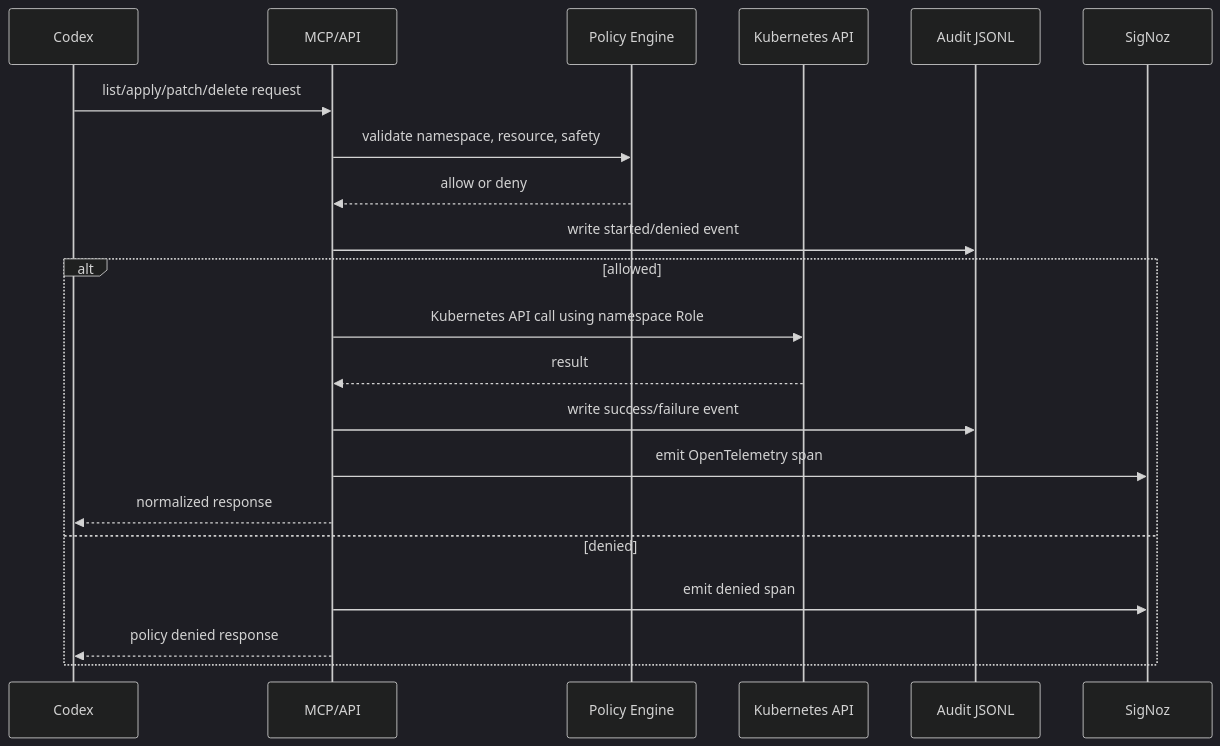
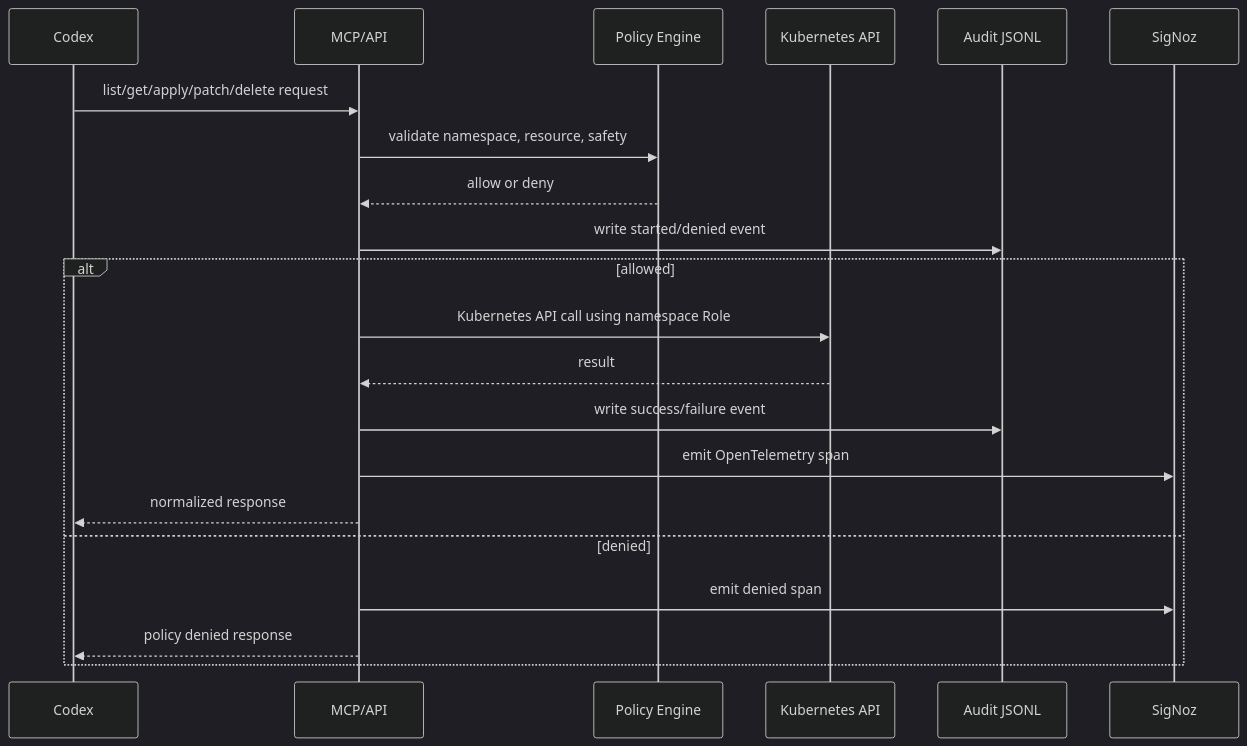
Before and after one commit to aveeshek/bosgenesis-k8s-inspector-mcp: the third of 3 diagrams in docs/ARCHITECTURE.md, drawn with Mermaid (dark theme). The commit also changed other lines of this file and 12 other files, not shown here.

````diff
--- a/docs/ARCHITECTURE.md
+++ b/docs/ARCHITECTURE.md
@@ -35,24 +35,24 @@
 ```mermaid
 sequenceDiagram
     participant C as Codex
     participant M as MCP/API
     participant P as Policy Engine
     participant K as Kubernetes API
     participant A as Audit JSONL
     participant S as SigNoz
 
-    C->>M: list/apply/patch/delete request
+    C->>M: list/get/apply/patch/delete request
     M->>P: validate namespace, resource, safety
     P-->>M: allow or deny
     M->>A: write started/denied event
     alt allowed
       M->>K: Kubernetes API call using namespace Role
       K-->>M: result
       M->>A: write success/failure event
       M->>S: emit OpenTelemetry span
       M-->>C: normalized response
     else denied
       M->>S: emit denied span
       M-->>C: policy denied response
     end
 ```
````
